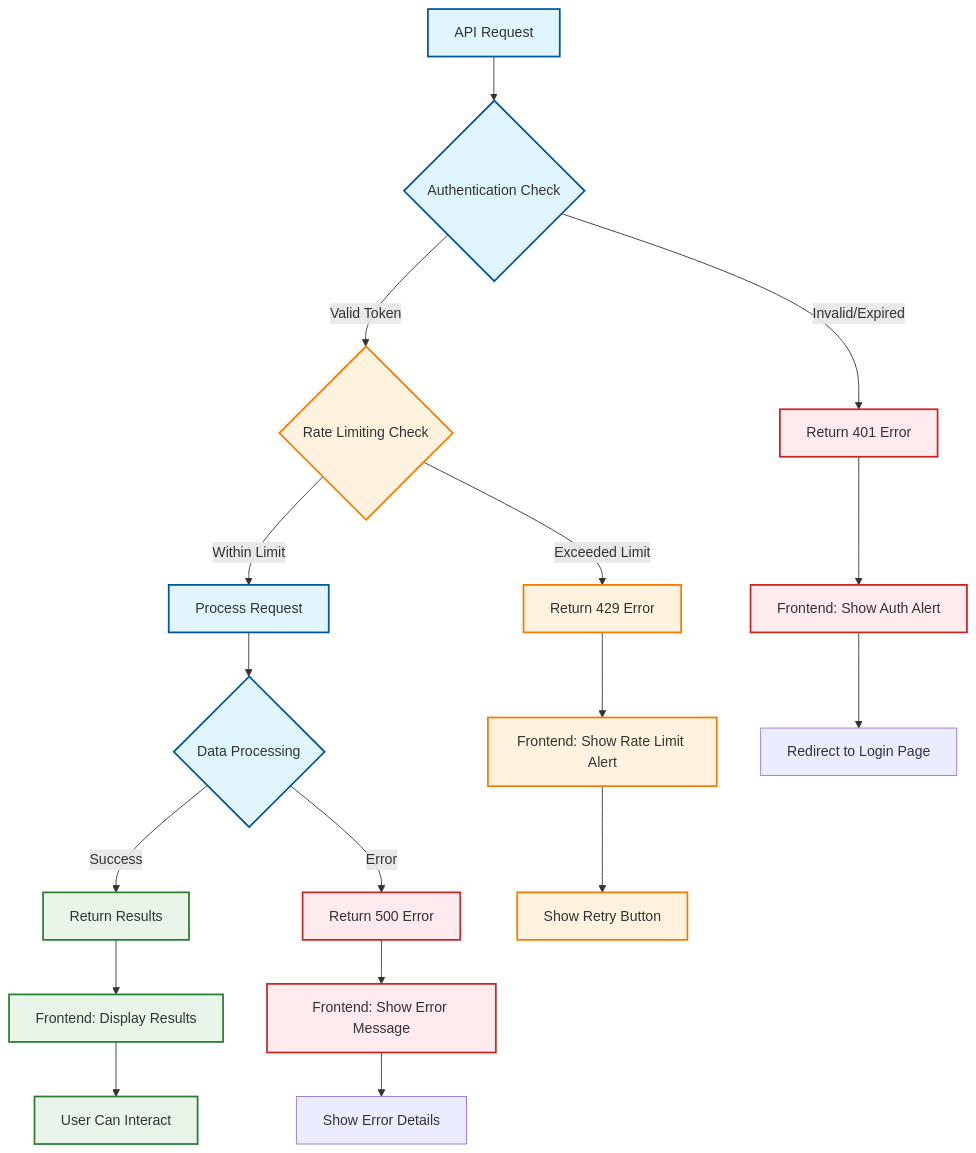
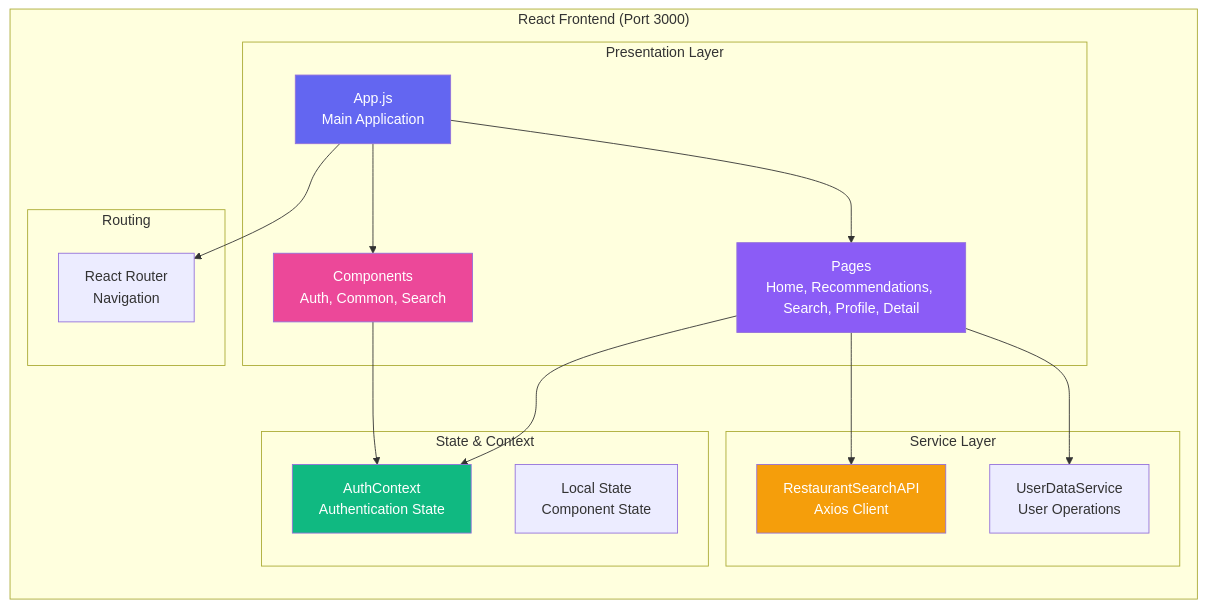
One commit to AtsajanAJ/TestProject1 changed the second of 10 diagrams in README.md. Above: the diagram before and after it, drawn with Mermaid. The commit also changed other lines of this file, not shown here.

Commit message:
architect

````diff
--- a/README.md
+++ b/README.md
@@ -307,34 +162,38 @@
 ```mermaid
-graph TD
-    A[API Request] --> B{Authentication Check}
-    B -->|Valid Token| C{Rate Limiting Check}
-    B -->|Invalid/Expired| D[Return 401 Error]
+graph LR
+    subgraph "React Frontend (Port 3000)"
+        subgraph "Presentation Layer"
+            A[App.js<br/>Main Application]
+            B[Pages<br/>Home, Recommendations, Search, Profile, Detail]
+            C[Components<br/>Auth, Common, Search]
+        end
+        
+        subgraph "State & Context"
+            D[AuthContext<br/>Authentication State]
+            E[Local State<br/>Component State]
+        end
+        
+        subgraph "Service Layer"
+            F[RestaurantSearchAPI<br/>Axios Client]
+            G[UserDataService<br/>User Operations]
+        end
+        
+        subgraph "Routing"
+            H[React Router<br/>Navigation]
+        end
+        
+        A --> B
+        A --> C
+        B --> D
+        C --> D
+        B --> F
+        B --> G
+        A --> H
+    end
     
-    C -->|Within Limit| E[Process Request]
-    C -->|Exceeded Limit| F[Return 429 Error]
-    
-    E --> G{Data Processing}
-    G -->|Success| H[Return Results]
-    G -->|Error| I[Return 500 Error]
-    
-    D --> J[Frontend: Show Auth Alert]
-    F --> K[Frontend: Show Rate Limit Alert]
-    I --> L[Frontend: Show Error Message]
-    H --> M[Frontend: Display Results]
-    
-    J --> N[Redirect to Login Page]
-    K --> O[Show Retry Button]
-    L --> P[Show Error Details]
-    M --> Q[User Can Interact]
-
-    %% Styling
-    classDef error fill:#ffebee,stroke:#c62828,stroke-width:2px
-    classDef success fill:#e8f5e8,stroke:#2e7d32,stroke-width:2px
-    classDef warning fill:#fff3e0,stroke:#f57c00,stroke-width:2px
-    classDef info fill:#e1f5fe,stroke:#01579b,stroke-width:2px
-
-    class D,F,I,J,K,L error
-    class H,M,Q success
-    class C,F,K,O warning
-    class A,B,E,G info
+    style A fill:#6366f1,color:#fff
+    style B fill:#8b5cf6,color:#fff
+    style C fill:#ec4899,color:#fff
+    style D fill:#10b981,color:#fff
+    style F fill:#f59e0b,color:#fff
 ```
````
